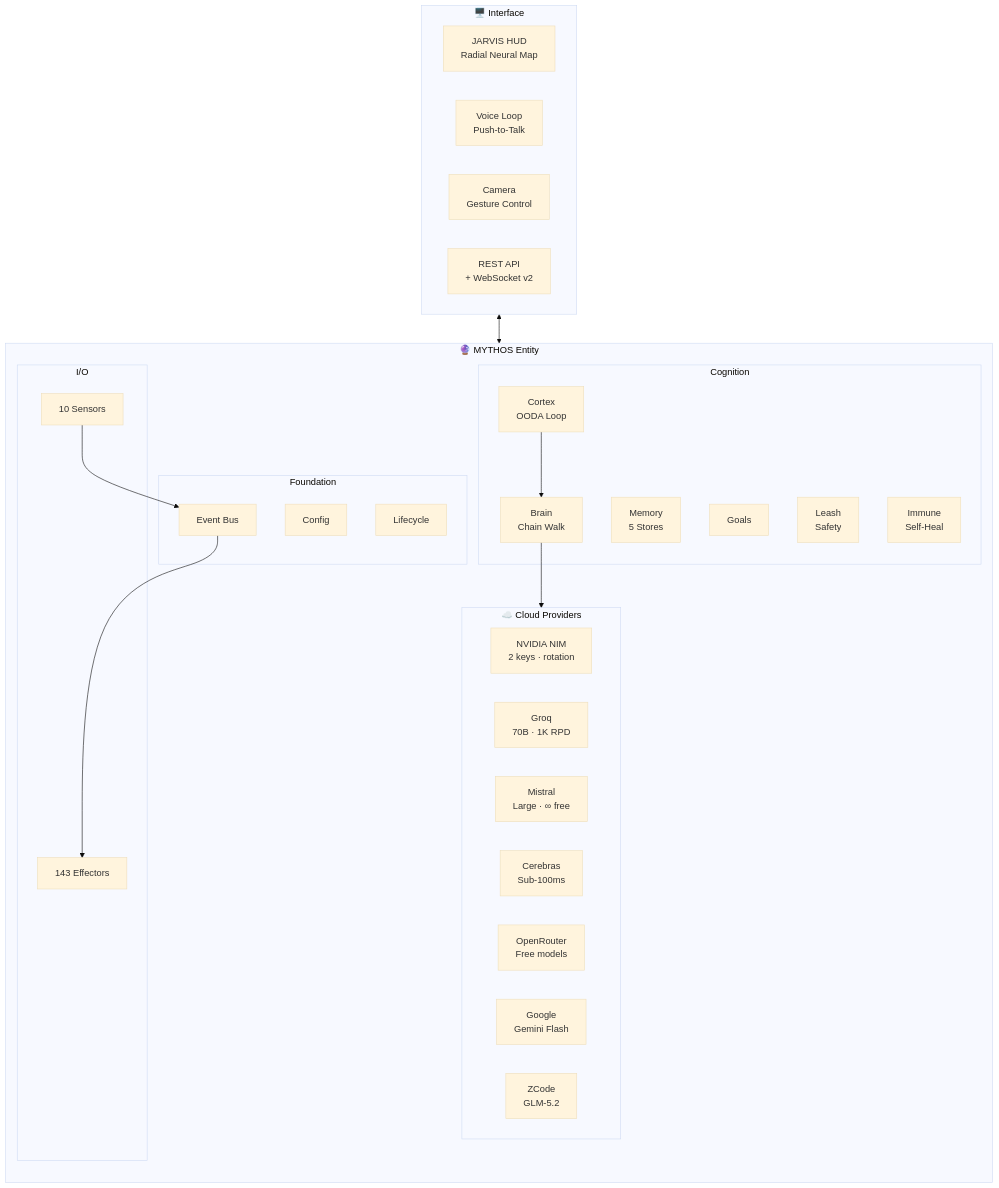
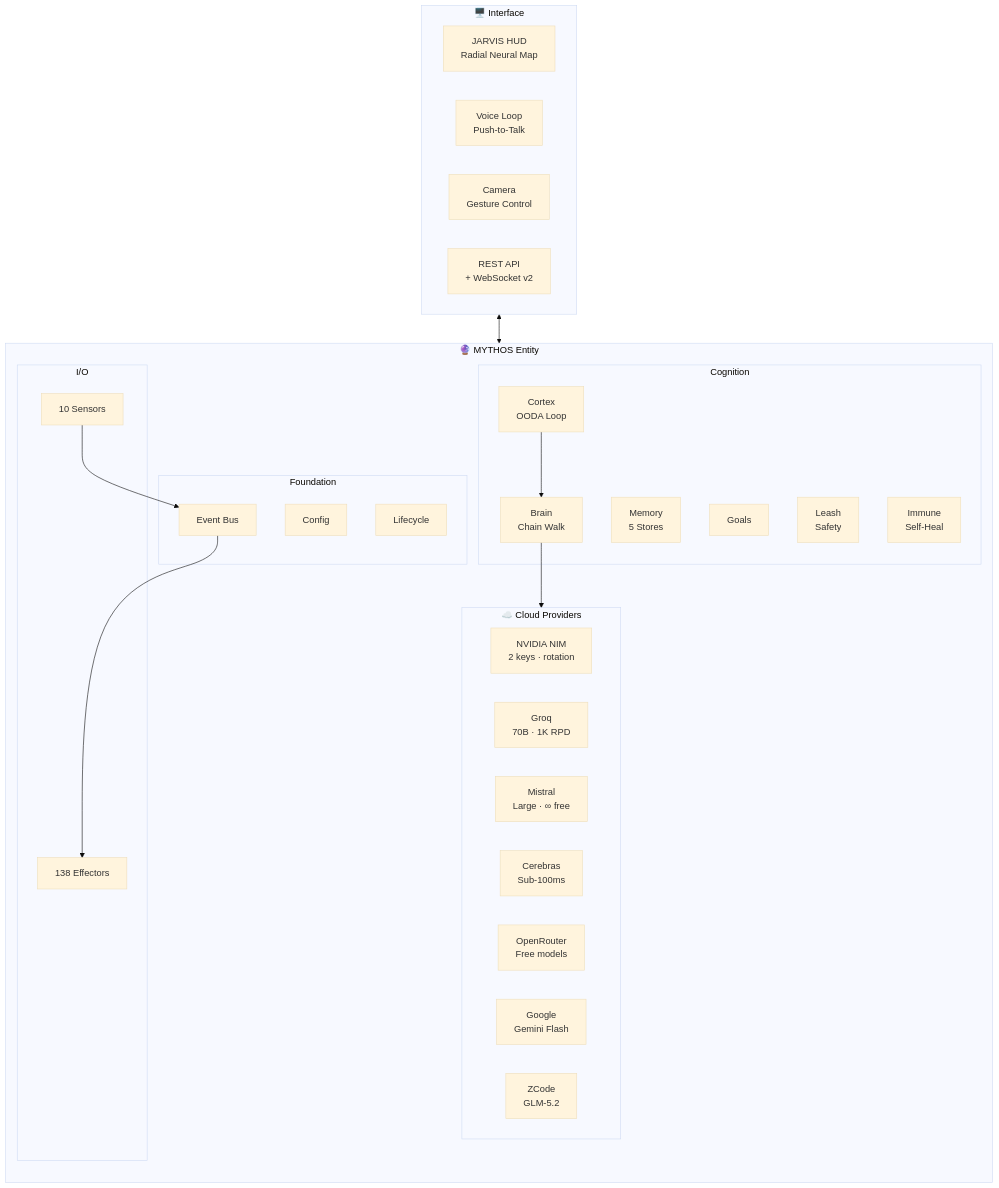
One commit to HailLucifer666/Agent_OS changed the first of 11 diagrams in README.md. Above: the diagram before and after it, drawn with Mermaid (base theme). The commit also changed other lines of this file and 2 other files, not shown here.

````diff
--- a/README.md
+++ b/README.md
@@ -48,45 +48,45 @@
 ```mermaid
 flowchart TB
     subgraph Cloud["☁️ Cloud Providers"]
         direction LR
         NIM["NVIDIA NIM<br/>2 keys · rotation"]
         GQ["Groq<br/>70B · 1K RPD"]
         MI["Mistral<br/>Large · ∞ free"]
         CE["Cerebras<br/>Sub-100ms"]
         OR["OpenRouter<br/>Free models"]
         GOOG["Google<br/>Gemini Flash"]
         ZC["ZCode<br/>GLM-5.2"]
     end
 
     subgraph MYTHOS["🔮 MYTHOS Entity"]
         direction TB
         subgraph Foundation["Foundation"]
             CFG["Config"]
             BUS["Event Bus"]
             LIFE["Lifecycle"]
         end
         subgraph Cognition["Cognition"]
             CORT["Cortex<br/>OODA Loop"]
             BRN["Brain<br/>Chain Walk"]
             MEM["Memory<br/>5 Stores"]
             GOAL["Goals"]
             LEASH["Leash<br/>Safety"]
             IMM["Immune<br/>Self-Heal"]
         end
         subgraph IOLayer["I/O"]
             SENS["10 Sensors"]
-            EFF["143 Effectors"]
+            EFF["138 Effectors"]
         end
         CORT --> BRN --> Cloud
         SENS --> BUS --> EFF
     end
 
     subgraph Interface["🖥️ Interface"]
         HUD["JARVIS HUD<br/>Radial Neural Map"]
         VOICE["Voice Loop<br/>Push-to-Talk"]
         CAM["Camera<br/>Gesture Control"]
         API["REST API<br/>+ WebSocket v2"]
     end
 
     Interface <--> MYTHOS
 ```
````
